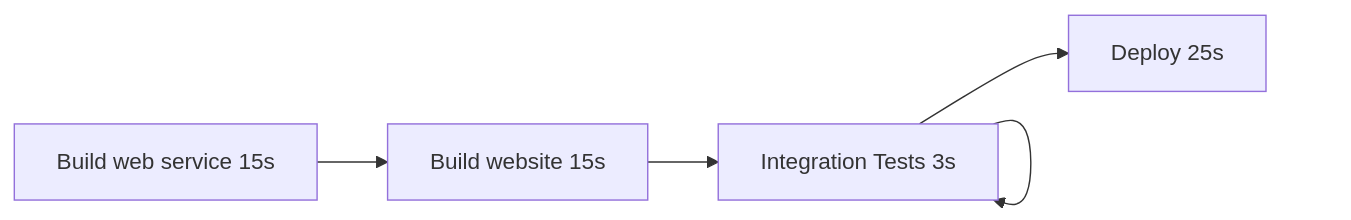
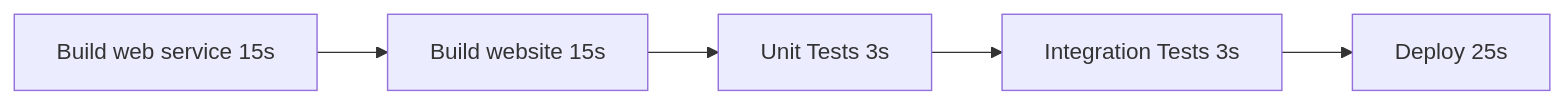
One commit to samsmithnz/ParallelPipelinesDemo changed the first of 2 diagrams in README.md. Above: the diagram before and after it, drawn with Mermaid.

````diff
--- a/README.md
+++ b/README.md
@@ -5,4 +5,4 @@
 ```mermaid
   graph LR;
-      buildweb[Build web service 15s]-->buildwebservice[Build website 15s]-->test[Unit Tests 3s]-->test[Integration Tests 3s]-->deploy[Deploy 25s];
+      buildWeb[Build web service 15s]-->buildWebService[Build website 15s]-->unitTest[Unit Tests 3s]-->integrationTest[Integration Tests 3s]-->deploy[Deploy 25s];
 ```
````
